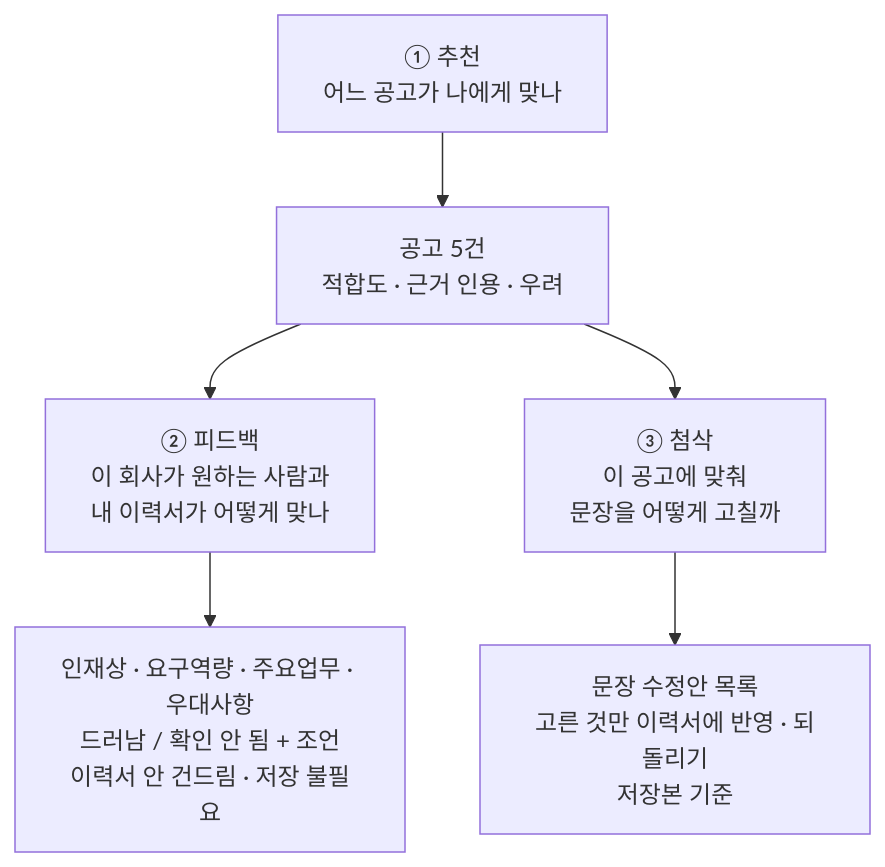
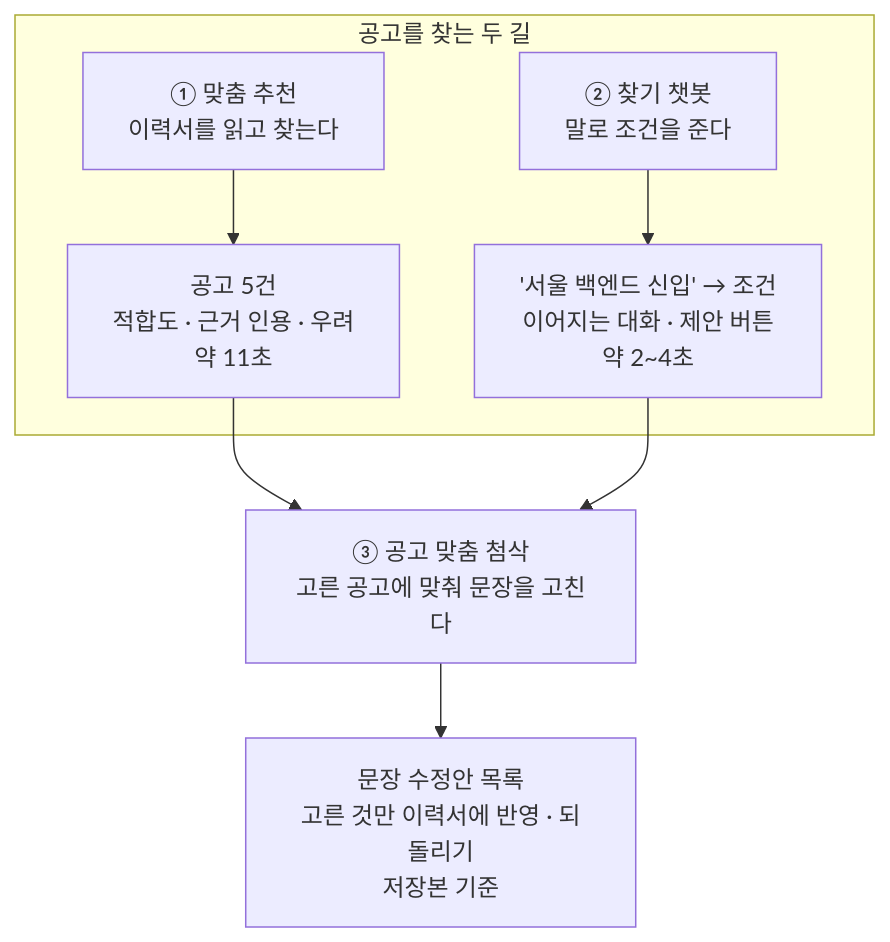
Before and after one commit to SKNETWORKS-FAMILY-AICAMP/SKN34-3rd-2Team: the diagram in job_matching_bot/docs/graphs/7_three_features.mmd, drawn with Mermaid. The commit also changed 1 other file, not shown here.

```diff
--- a/job_matching_bot/docs/graphs/7_three_features.mmd
+++ b/job_matching_bot/docs/graphs/7_three_features.mmd
@@ -1,6 +1,8 @@
 flowchart TB
-  R["① 추천<br>어느 공고가 나에게 맞나"] --> P["공고 5건<br>적합도 · 근거 인용 · 우려"]
-  P --> F["② 피드백<br>이 회사가 원하는 사람과<br>내 이력서가 어떻게 맞나"]
-  P --> V["③ 첨삭<br>이 공고에 맞춰<br>문장을 어떻게 고칠까"]
-  F --> FR["인재상 · 요구역량 · 주요업무 · 우대사항<br>드러남 / 확인 안 됨 + 조언<br>이력서 안 건드림 · 저장 불필요"]
+  subgraph FIND["공고를 찾는 두 길"]
+    R["① 맞춤 추천<br>이력서를 읽고 찾는다"] --> RP["공고 5건<br>적합도 · 근거 인용 · 우려<br>약 11초"]
+    C["② 찾기 챗봇<br>말로 조건을 준다"] --> CP["'서울 백엔드 신입' → 조건<br>이어지는 대화 · 제안 버튼<br>약 2~4초"]
+  end
+  RP --> V["③ 공고 맞춤 첨삭<br>고른 공고에 맞춰 문장을 고친다"]
+  CP --> V
   V --> VR["문장 수정안 목록<br>고른 것만 이력서에 반영 · 되돌리기<br>저장본 기준"]
```
